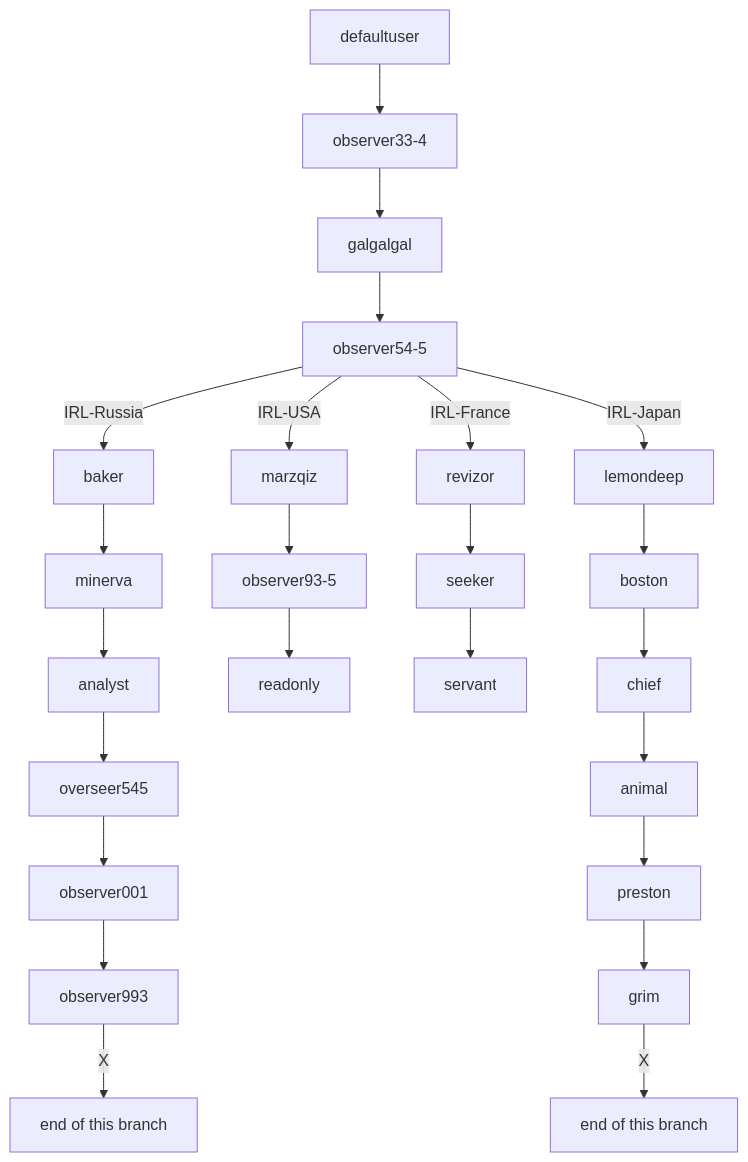
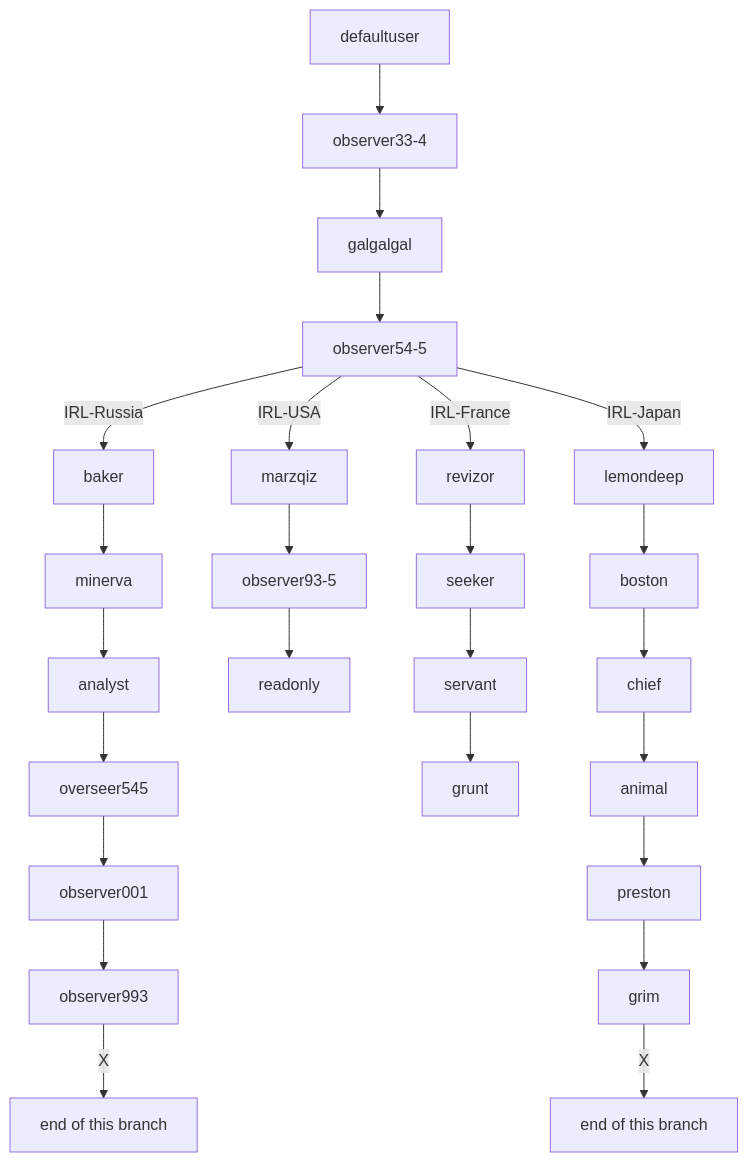
One commit to Philsie/ARRS-documentation changed the diagram in README.md. Above: the diagram before and after it, drawn with Mermaid. The commit also changed other lines of this file, not shown here.

````diff
--- a/README.md
+++ b/README.md
@@ -39,30 +40,31 @@
 ```mermaid
 graph TD;
     defaultuser --> observer33-4;
     observer33-4 --> galgalgal;
     galgalgal --> observer54-5;
 
     observer54-5 --IRL-Russia--> baker;
     baker --> minerva;
     minerva --> analyst;
     analyst --> overseer545;
     overseer545 --> observer001;
     observer001 --> observer993;
     observer993 --X--> russiaEnd["end of this branch"];
 
     observer54-5 --IRL-USA--> marzqiz;
     marzqiz --> observer93-5;
     observer93-5 --> readonly;
 
     observer54-5 --IRL-France--> revizor;
     revizor --> seeker;
     seeker --> servant;
+    servant --> grunt;
 
     observer54-5 --IRL-Japan--> lemondeep;
     lemondeep --> boston;
     boston --> chief;
     chief --> animal;
     animal --> preston;
     preston --> grim;
     grim --X--> japanEnd["end of this branch"];
 ```
````
